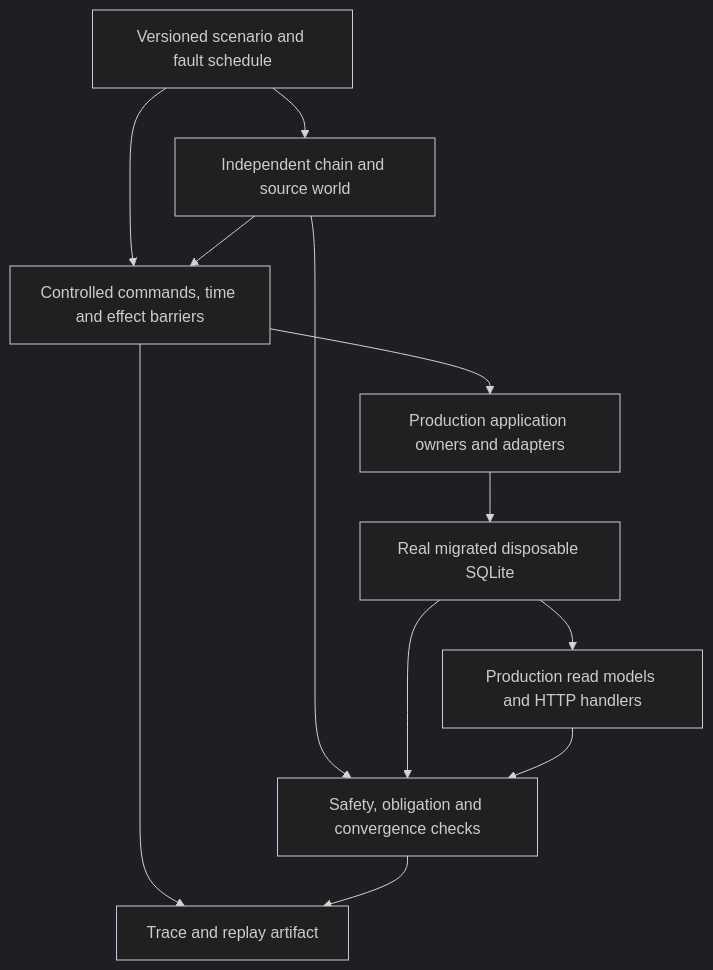
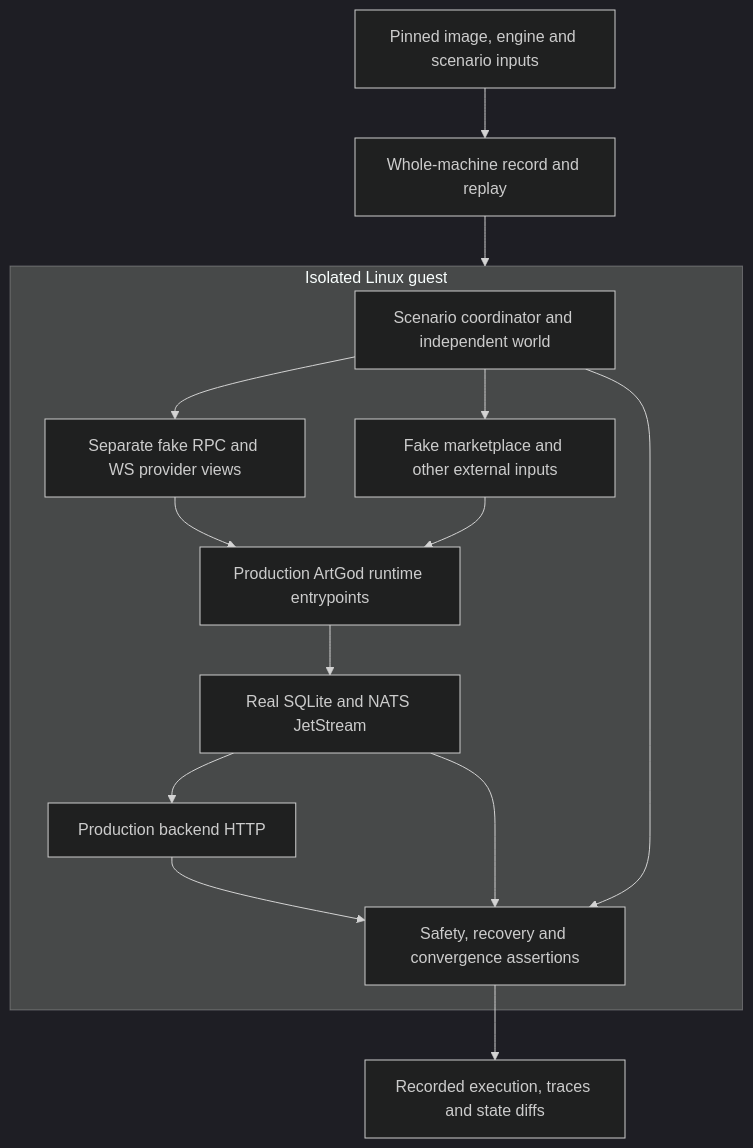
One commit to d347h-eth/artgod changed the diagram in docs/development/06-deterministic-system-testing-strategy.md. Above: the diagram before and after it, drawn with Mermaid (dark theme). The commit also changed other lines of this file and 4 other files, not shown here.

````diff
--- a/docs/development/06-deterministic-system-testing-strategy.md
+++ b/docs/development/06-deterministic-system-testing-strategy.md
@@ -117,23 +84,26 @@
 ```mermaid
 flowchart TB
-    Scenario[Versioned scenario and fault schedule]
-    World[Independent chain and source world]
-    Driver[Controlled commands, time and effect barriers]
-    Production[Production application owners and adapters]
-    DB[Real migrated disposable SQLite]
-    Read[Production read models and HTTP handlers]
-    Oracle[Safety, obligation and convergence checks]
-    Trace[Trace and replay artifact]
-
-    Scenario --> World
-    Scenario --> Driver
-    World --> Driver
-    Driver --> Production
-    Production --> DB
-    DB --> Read
-    World --> Oracle
-    DB --> Oracle
-    Read --> Oracle
-    Driver --> Trace
-    Oracle --> Trace
+    Manifest[Pinned image, engine and scenario inputs]
+    Engine[Whole-machine record and replay]
+    subgraph Guest[Isolated Linux guest]
+        Scenario[Scenario coordinator and independent world]
+        Providers[Separate fake RPC and WS provider views]
+        Sources[Fake marketplace and other external inputs]
+        Runtime[Production ArtGod runtime entrypoints]
+        State[Real SQLite and NATS JetStream]
+        API[Production backend HTTP]
+        Oracle[Safety, recovery and convergence assertions]
+        Scenario --> Providers
+        Scenario --> Sources
+        Providers --> Runtime
+        Sources --> Runtime
+        Runtime --> State
+        State --> API
+        API --> Oracle
+        State --> Oracle
+        Scenario --> Oracle
+    end
+    Manifest --> Engine
+    Engine --> Guest
+    Oracle --> Artifact[Recorded execution, traces and state diffs]
 ```
````
